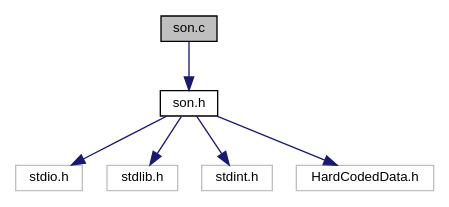
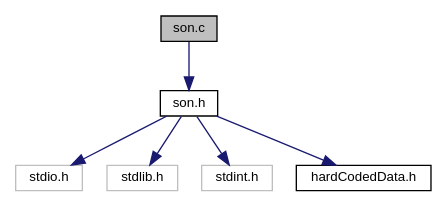
The diagram in son_8c__incl.dot (LevyMatan/ISP_ex1_doc), drawn with Graphviz before and after one commit. The commit also changed 73 other files, not shown here.

```diff
--- a/son_8c__incl.dot
+++ b/son_8c__incl.dot
@@ -1,18 +1,18 @@
 digraph "son.c"
 {
  // INTERACTIVE_SVG=YES
  // LATEX_PDF_SIZE
   edge [fontname="Helvetica",fontsize="10",labelfontname="Helvetica",labelfontsize="10"];
   node [fontname="Helvetica",fontsize="10",shape=record];
-  Node1 [label="son.c",height=0.2,width=0.4,color="black", fillcolor="grey75", style="filled", fontcolor="black",tooltip=" "];
+  Node1 [label="son.c",height=0.2,width=0.4,color="black", fillcolor="grey75", style="filled", fontcolor="black",tooltip="Son program will count the number of 'F' characters which represent fire in the forest...."];
   Node1 -> Node2 [color="midnightblue",fontsize="10",style="solid",fontname="Helvetica"];
   Node2 [label="son.h",height=0.2,width=0.4,color="black", fillcolor="white", style="filled",URL="$son_8h.html",tooltip="Son header file."];
   Node2 -> Node3 [color="midnightblue",fontsize="10",style="solid",fontname="Helvetica"];
   Node3 [label="stdio.h",height=0.2,width=0.4,color="grey75", fillcolor="white", style="filled",tooltip=" "];
   Node2 -> Node4 [color="midnightblue",fontsize="10",style="solid",fontname="Helvetica"];
   Node4 [label="stdlib.h",height=0.2,width=0.4,color="grey75", fillcolor="white", style="filled",tooltip=" "];
   Node2 -> Node5 [color="midnightblue",fontsize="10",style="solid",fontname="Helvetica"];
   Node5 [label="stdint.h",height=0.2,width=0.4,color="grey75", fillcolor="white", style="filled",tooltip=" "];
   Node2 -> Node6 [color="midnightblue",fontsize="10",style="solid",fontname="Helvetica"];
-  Node6 [label="HardCodedData.h",height=0.2,width=0.4,color="grey75", fillcolor="white", style="filled",tooltip=" "];
+  Node6 [label="hardCodedData.h",height=0.2,width=0.4,color="black", fillcolor="white", style="filled",URL="$_son_2hard_coded_data_8h.html",tooltip="Son hard coded data. Instead of using magic numbers and string in the code, meanigful defined names w..."];
 }
```
